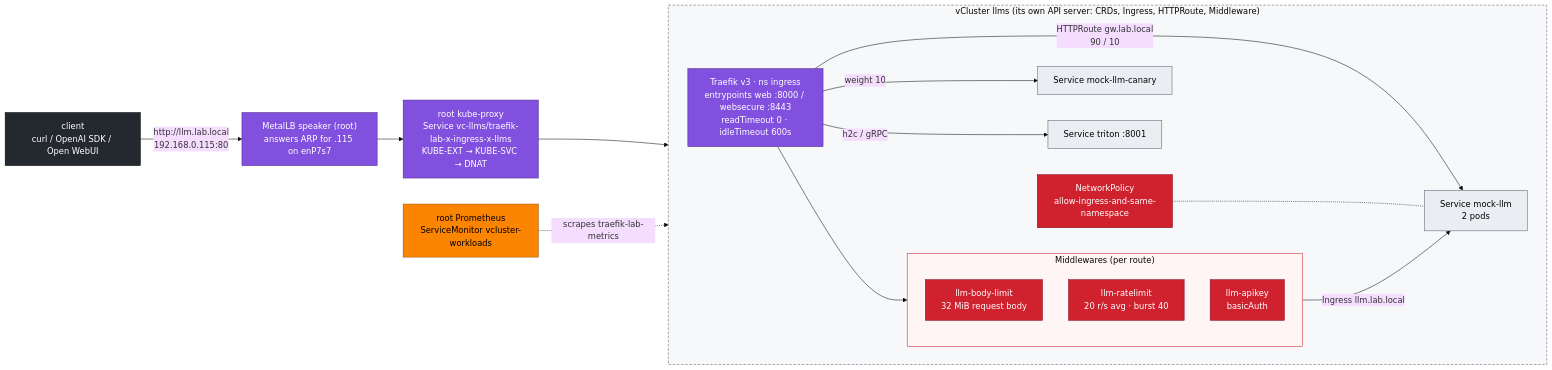
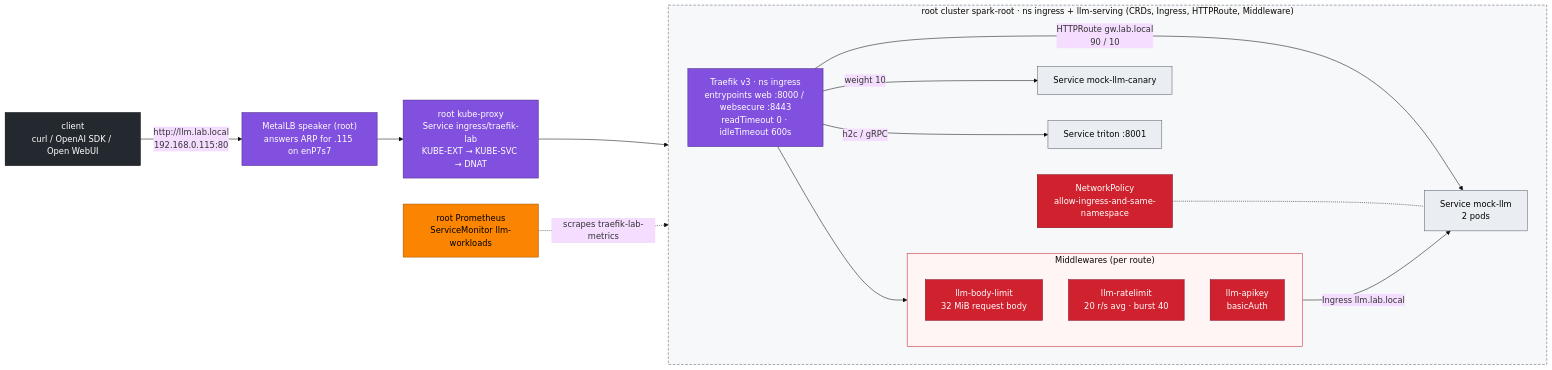
One commit to cloudone365/technical-depth changed the first of 2 diagrams in 02-Kubernetes/11-ingress-controllers-and-gateway-api.md. Above: the diagram before and after it, drawn with Mermaid (base theme). The commit also changed other lines of this file and 58 other files, not shown here.

First line of the commit message:
Docs: dev-llms sandbox vCluster, LLM stack on the root, shared ~90 GiB pool, headless DGX OS

````diff
--- a/02-Kubernetes/11-ingress-controllers-and-gateway-api.md
+++ b/02-Kubernetes/11-ingress-controllers-and-gateway-api.md
@@ -33,39 +33,39 @@
 ```mermaid
 flowchart LR
   CL["client<br/>curl / OpenAI SDK / Open WebUI"] -->|"http://llm.lab.local<br/>192.168.0.115:80"| ARP["MetalLB speaker (root)<br/>answers ARP for .115 on enP7s7"]
-  ARP --> KP["root kube-proxy<br/>Service vc-llms/traefik-lab-x-ingress-x-llms<br/>KUBE-EXT → KUBE-SVC → DNAT"]
-  subgraph LLMS["vCluster llms (its own API server: CRDs, Ingress, HTTPRoute, Middleware)"]
+  ARP --> KP["root kube-proxy<br/>Service ingress/traefik-lab<br/>KUBE-EXT → KUBE-SVC → DNAT"]
+  subgraph LLMS["root cluster spark-root · ns ingress + llm-serving (CRDs, Ingress, HTTPRoute, Middleware)"]
     direction LR
     TR["Traefik v3 · ns ingress<br/>entrypoints web :8000 / websecure :8443<br/>readTimeout 0 · idleTimeout 600s"]
     subgraph MW["Middlewares (per route)"]
       direction TB
       M1["llm-body-limit<br/>32 MiB request body"]
       M2["llm-ratelimit<br/>20 r/s avg · burst 40"]
       M3["llm-apikey<br/>basicAuth"]
     end
     S1["Service mock-llm<br/>2 pods"]
     S2["Service mock-llm-canary"]
     S3["Service triton :8001"]
     NP["NetworkPolicy<br/>allow-ingress-and-same-namespace"]
   end
   KP --> TR
   TR --> MW
   MW -->|"Ingress llm.lab.local"| S1
   TR -->|"HTTPRoute gw.lab.local<br/>90 / 10"| S1
   TR -->|"weight 10"| S2
   TR -->|"h2c / gRPC"| S3
   NP -.- S1
-  PROM["root Prometheus<br/>ServiceMonitor vcluster-workloads"] -. "scrapes traefik-lab-metrics" .-> TR
+  PROM["root Prometheus<br/>ServiceMonitor llm-workloads"] -. "scrapes traefik-lab-metrics" .-> TR
   classDef net fill:#8250df,stroke:#4c2889,color:#fff
   classDef sec fill:#cf222e,stroke:#82071e,color:#fff
   classDef ext fill:#24292f,stroke:#000,color:#fff
   classDef obs fill:#fb8500,stroke:#9a5200,color:#000
   classDef tenant fill:#eaeef2,stroke:#57606a,color:#000
   class ARP,KP,TR net
   class M1,M2,M3,NP sec
   class CL ext
   class PROM obs
   class S1,S2,S3 tenant
   style MW fill:#fff5f5,stroke:#cf222e
   style LLMS fill:#f6f8fa,stroke:#57606a,stroke-dasharray:5 3
 ```
````
